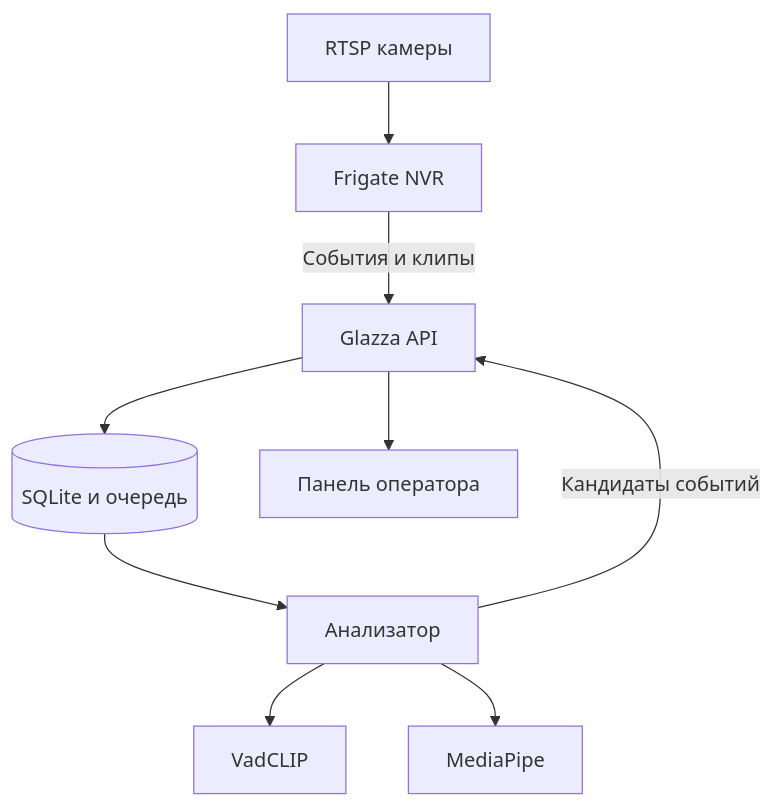
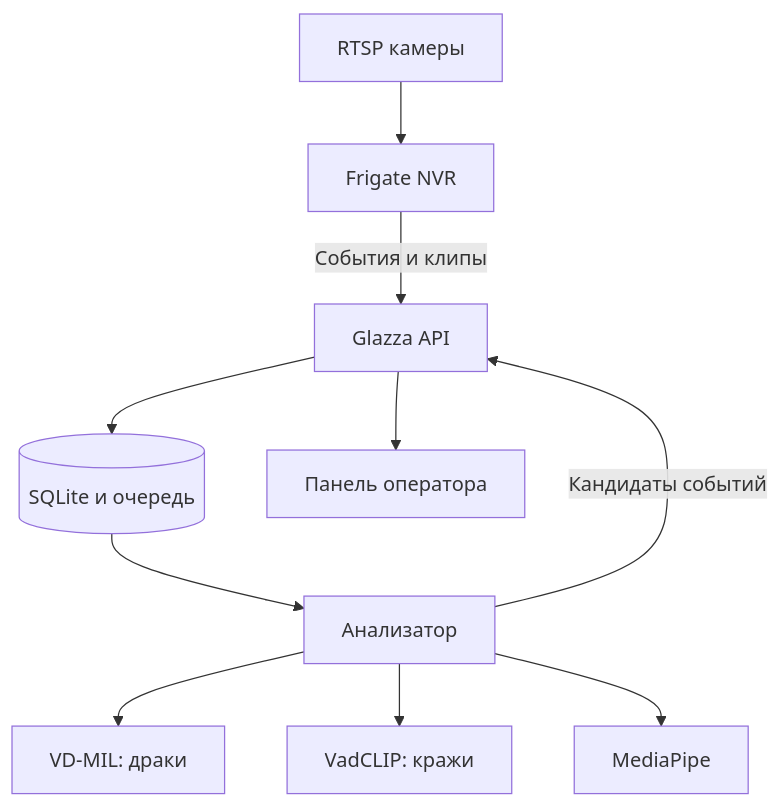
One commit to adilusrr-gif/Glazza changed the diagram in README.md. Above: the diagram before and after it, drawn with Mermaid. The commit also changed other lines of this file and 24 other files, not shown here.

````diff
--- a/README.md
+++ b/README.md
@@ -111,11 +129,12 @@
 ```mermaid
 flowchart TD
   C[RTSP камеры] --> F[Frigate NVR]
   F -->|События и клипы| A[Glazza API]
   A --> D[(SQLite и очередь)]
   A --> U[Панель оператора]
   D --> W[Анализатор]
-  W --> V[VadCLIP]
+  W --> F2[VD-MIL: драки]
+  W --> V[VadCLIP: кражи]
   W --> M[MediaPipe]
   W -->|Кандидаты событий| A
 ```
````
